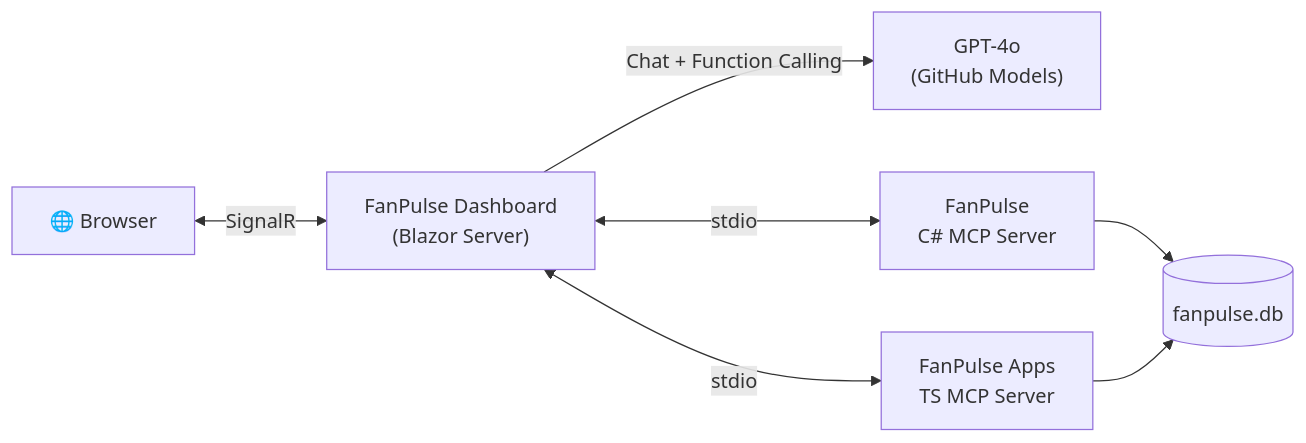
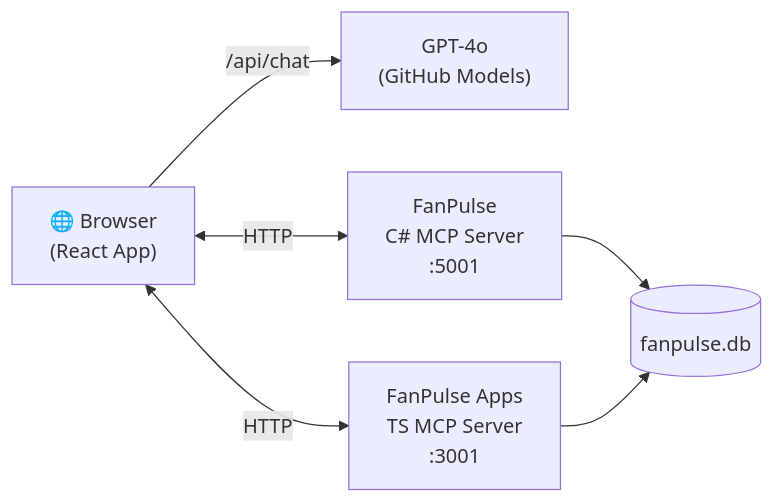
One commit to VeryKross/MCP-App_Sample changed the diagram in README.md. Above: the diagram before and after it, drawn with Mermaid. The commit also changed other lines of this file and 47 other files, not shown here.

First line of the commit message:
Replace Blazor dashboard with React + AppBridge implementation

````diff
--- a/README.md
+++ b/README.md
@@ -5,16 +5,14 @@
 ```mermaid
 graph LR
-    Browser["🌐 Browser"]
-    Dashboard["FanPulse Dashboard<br/>(Blazor Server)"]
+    Browser["🌐 Browser<br/>(React App)"]
     LLM["GPT-4o<br/>(GitHub Models)"]
-    CS["FanPulse<br/>C# MCP Server"]
-    TS["FanPulse Apps<br/>TS MCP Server"]
+    CS["FanPulse<br/>C# MCP Server<br/>:5001"]
+    TS["FanPulse Apps<br/>TS MCP Server<br/>:3001"]
     DB[("fanpulse.db")]
 
-    Browser <-->|SignalR| Dashboard
-    Dashboard -->|Chat + Function Calling| LLM
-    Dashboard <-->|stdio| CS
-    Dashboard <-->|stdio| TS
+    Browser -->|/api/chat| LLM
+    Browser <-->|HTTP| CS
+    Browser <-->|HTTP| TS
     CS --> DB
     TS --> DB
 ```
````
